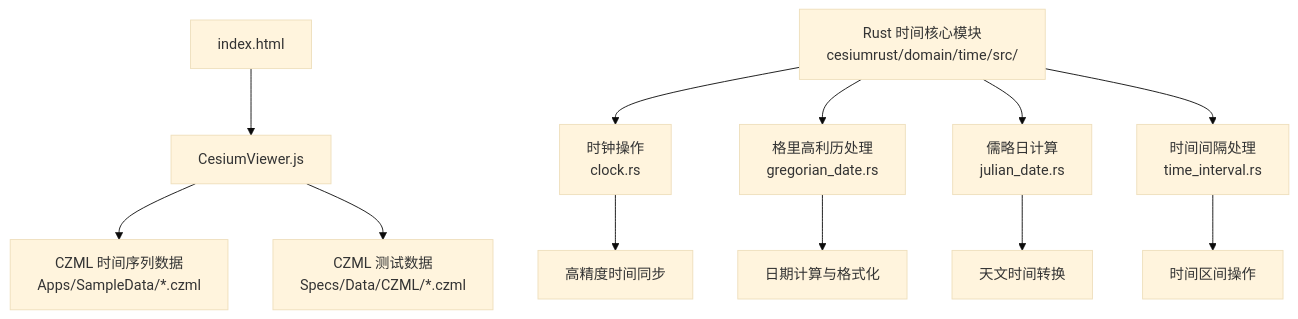
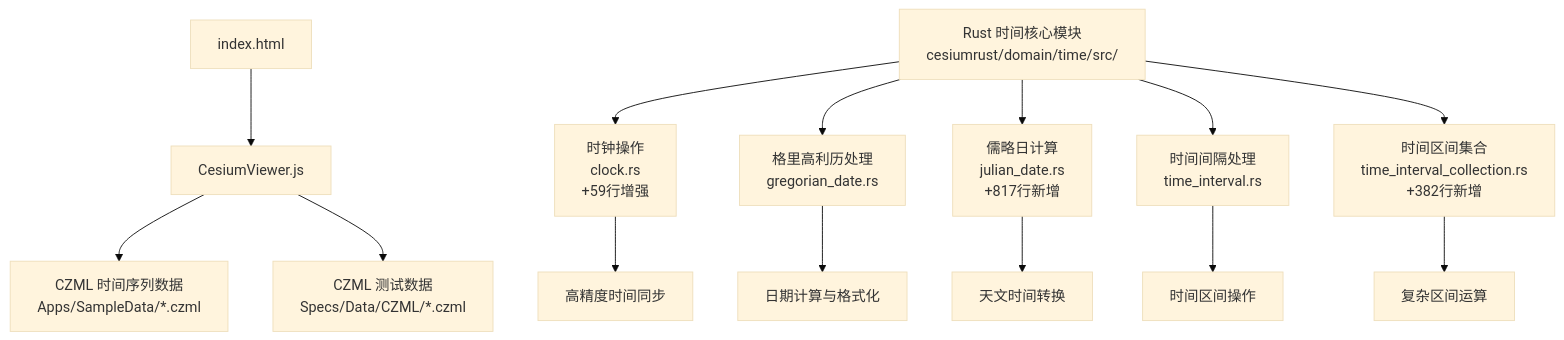
One commit to rzhangjing/cesium changed the first of 6 diagrams in .qoder/repowiki/zh/content/核心概念/时间管理系统/时间管理系统.md. Above: the diagram before and after it, drawn with Mermaid (base theme). The commit also changed other lines of this file and 56 other files, not shown here.

````diff
--- a/.qoder/repowiki/zh/content/核心概念/时间管理系统/时间管理系统.md
+++ b/.qoder/repowiki/zh/content/核心概念/时间管理系统/时间管理系统.md
@@ -60,14 +62,16 @@
 ```mermaid
 graph TB
 A["index.html"] --> B["CesiumViewer.js"]
 B --> C["CZML 时间序列数据<br/>Apps/SampleData/*.czml"]
 B --> D["CZML 测试数据<br/>Specs/Data/CZML/*.czml"]
-E["Rust 时间核心模块<br/>cesiumrust/domain/time/src/"] --> F["时钟操作<br/>clock.rs"]
+E["Rust 时间核心模块<br/>cesiumrust/domain/time/src/"] --> F["时钟操作<br/>clock.rs<br/>+59行增强"]
 E --> G["格里高利历处理<br/>gregorian_date.rs"]
-E --> H["儒略日计算<br/>julian_date.rs"]
+E --> H["儒略日计算<br/>julian_date.rs<br/>+817行新增"]
 E --> I["时间间隔处理<br/>time_interval.rs"]
-F --> J["高精度时间同步"]
-G --> K["日期计算与格式化"]
-H --> L["天文时间转换"]
-I --> M["时间区间操作"]
+E --> J["时间区间集合<br/>time_interval_collection.rs<br/>+382行新增"]
+F --> K["高精度时间同步"]
+G --> L["日期计算与格式化"]
+H --> M["天文时间转换"]
+I --> N["时间区间操作"]
+J --> O["复杂区间运算"]
 ```
````
